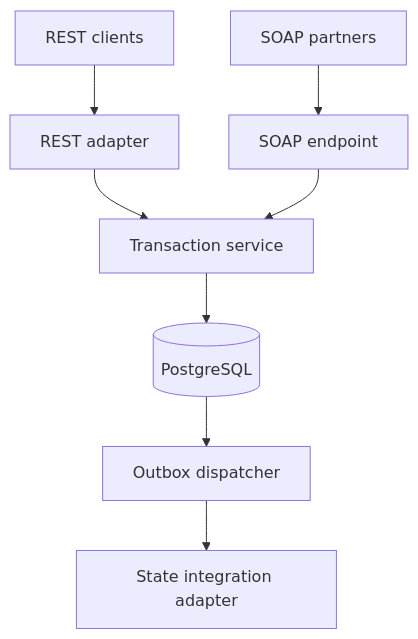
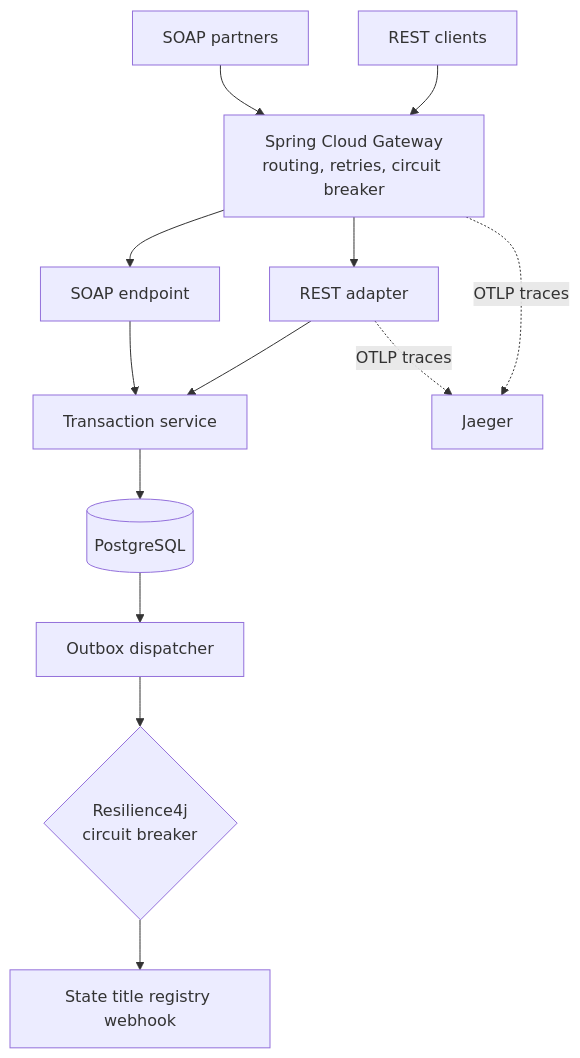
One commit to shreeya227/vehicle-api changed the first of 2 diagrams in README.md. Above: the diagram before and after it, drawn with Mermaid. The commit also changed other lines of this file and 20 other files, not shown here.

First line of the commit message:
Add Resilience4j circuit breaker, Spring Cloud Gateway, and OpenTelemetry tracing

````diff
--- a/README.md
+++ b/README.md
@@ -29,10 +32,15 @@
 ```mermaid
 flowchart TB
-    REST[REST clients] --> API[REST adapter]
-    SOAP[SOAP partners] --> WS[SOAP endpoint]
+    REST[REST clients] --> GW[Spring Cloud Gateway<br/>routing, retries, circuit breaker]
+    SOAP[SOAP partners] --> GW
+    GW --> API[REST adapter]
+    GW --> WS[SOAP endpoint]
     API --> SVC[Transaction service]
     WS --> SVC
     SVC --> DB[(PostgreSQL)]
     DB --> OUTBOX[Outbox dispatcher]
-    OUTBOX --> GOV[State integration adapter]
+    OUTBOX --> CB{Resilience4j<br/>circuit breaker}
+    CB --> GOV[State title registry webhook]
+    GW -. OTLP traces .-> JAEGER[Jaeger]
+    API -. OTLP traces .-> JAEGER
 ```
````
